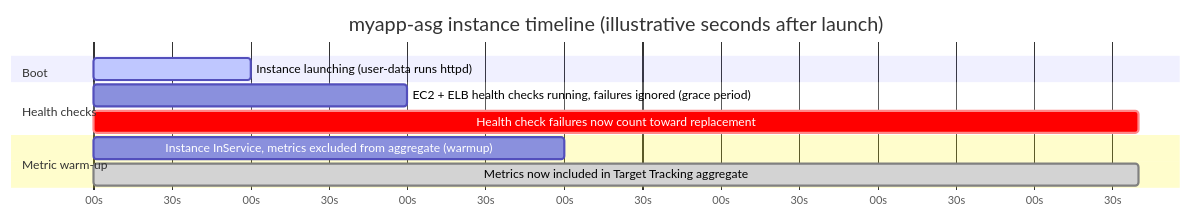
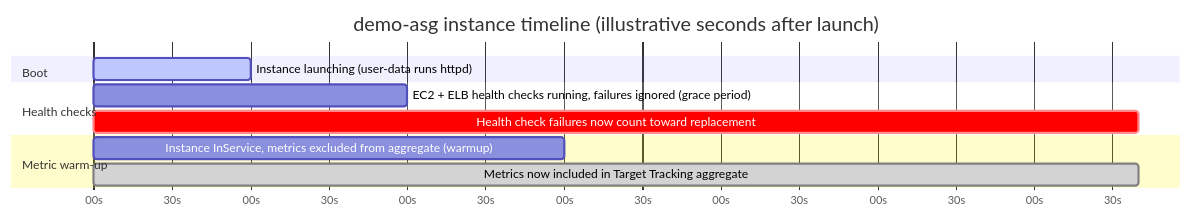
Before and after one commit to msdeepak052/AWS_Imp_Concepts: the diagram in EC2/ASG/11-Auto-Scaling-Timers-and-Cooldowns.md, drawn with Mermaid. The commit also changed other lines of this file and 66 other files, not shown here.

````diff
--- a/EC2/ASG/11-Auto-Scaling-Timers-and-Cooldowns.md
+++ b/EC2/ASG/11-Auto-Scaling-Timers-and-Cooldowns.md
@@ -64,17 +64,17 @@
 ```mermaid
 gantt
-    title myapp-asg instance timeline (illustrative seconds after launch)
+    title demo-asg instance timeline (illustrative seconds after launch)
     dateFormat X
     axisFormat %Ss
 
     section Boot
     Instance launching (user-data runs httpd) :active, boot, 0, 60
 
     section Health checks
     EC2 + ELB health checks running, failures ignored (grace period) :grace, 0, 120
     Health check failures now count toward replacement :crit, afterGrace, 120, 400
 
     section Metric warm-up
     Instance InService, metrics excluded from aggregate (warmup) :warmup, 0, 180
     Metrics now included in Target Tracking aggregate :done, afterWarmup, 180, 400
 ```
````
